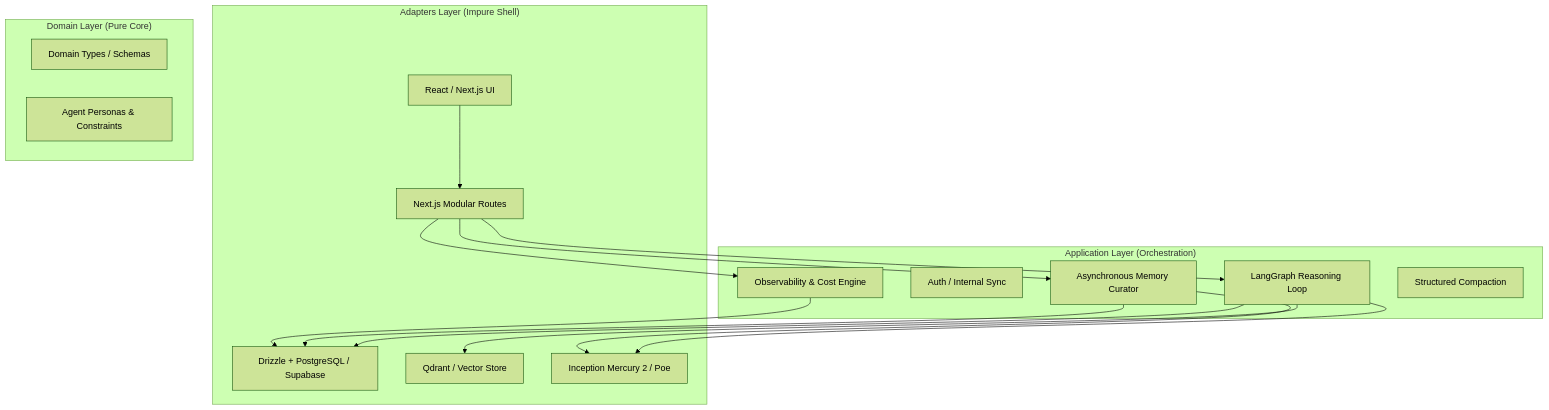
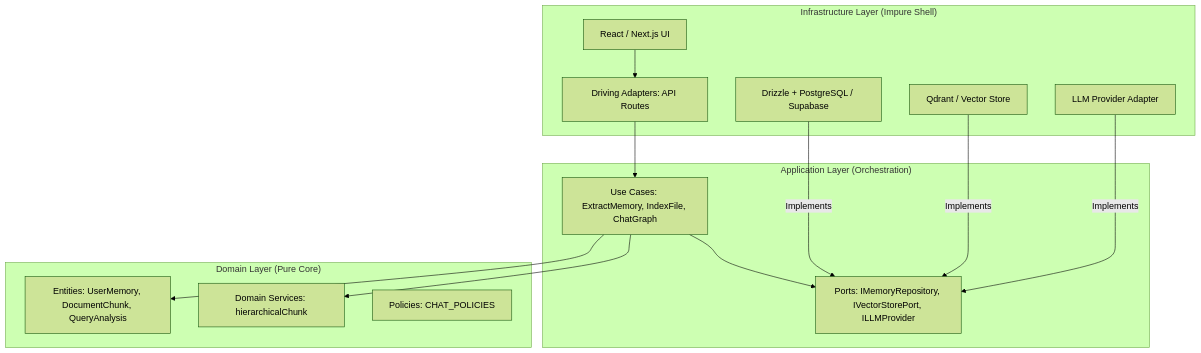
Before and after one commit to DragonL57/vmg_chatbot: the first of 2 diagrams in docs/ARCHITECTURE.md, drawn with Mermaid (forest theme). The commit also changed other lines of this file and 90 other files, not shown here.

First line of the commit message:
Refactor: Clean Architecture 4.1.0 & Agentic Hardening

````diff
--- a/docs/ARCHITECTURE.md
+++ b/docs/ARCHITECTURE.md
@@ -13,34 +13,30 @@
 ```mermaid
 graph TD
-    subgraph "Adapters Layer (Impure Shell)"
+    subgraph "Infrastructure Layer (Impure Shell)"
         UI[React / Next.js UI]
-        API[Next.js Modular Routes]
+        API[Driving Adapters: API Routes]
         DB_Adapter[Drizzle + PostgreSQL / Supabase]
         Vector_Adapter[Qdrant / Vector Store]
-        LLM_Adapter[Inception Mercury 2 / Poe]
+        LLM_Adapter[LLM Provider Adapter]
     end
 
     subgraph "Application Layer (Orchestration)"
-        Graph[LangGraph Reasoning Loop]
-        AuthService[Auth / Internal Sync]
-        MemoryCurator[Asynchronous Memory Curator]
-        ObsService[Observability & Cost Engine]
-        ContextManager[Structured Compaction]
+        UC[Use Cases: ExtractMemory, IndexFile, ChatGraph]
+        Ports[Ports: IMemoryRepository, IVectorStorePort, ILLMProvider]
     end
 
     subgraph "Domain Layer (Pure Core)"
-        Types[Domain Types / Schemas]
-        Prompts[Agent Personas & Constraints]
+        Entities[Entities: UserMemory, DocumentChunk, QueryAnalysis]
+        D_Services[Domain Services: hierarchicalChunk]
+        Policies[Policies: CHAT_POLICIES]
     end
 
     UI --> API
-    API --> Graph
-    API --> MemoryCurator
-    Graph --> LLM_Adapter
-    Graph --> DB_Adapter
-    Graph --> Vector_Adapter
-    MemoryCurator --> LLM_Adapter
-    MemoryCurator --> DB_Adapter
-    API --> ObsService
-    ObsService --> DB_Adapter
+    API --> UC
+    UC --> Entities
+    UC --> D_Services
+    UC --> Ports
+    DB_Adapter -- Implements --> Ports
+    Vector_Adapter -- Implements --> Ports
+    LLM_Adapter -- Implements --> Ports
 ```
````
